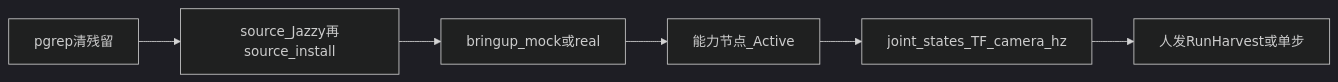
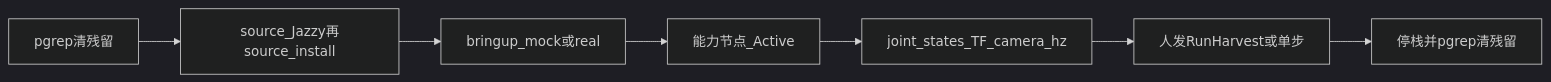
The third of 4 diagrams in AGENTS.md (MUHAN11-c/aubo_boot), drawn with Mermaid (dark theme) before and after one commit. The commit also changed other lines of this file and 171 other files, not shown here.

````diff
--- a/AGENTS.md
+++ b/AGENTS.md
@@ -537,8 +539,9 @@
 ```mermaid
 flowchart LR
   Preflight[pgrep清残留] --> Overlay[source_Jazzy再source_install]
   Overlay --> Bringup[bringup_mock或real]
   Bringup --> Lifecycle[能力节点_Active]
   Lifecycle --> Smoke[joint_states_TF_camera_hz]
   Smoke --> Intent[人发RunHarvest或单步]
+  Intent --> Teardown[停栈并pgrep清残留]
 ```
````
